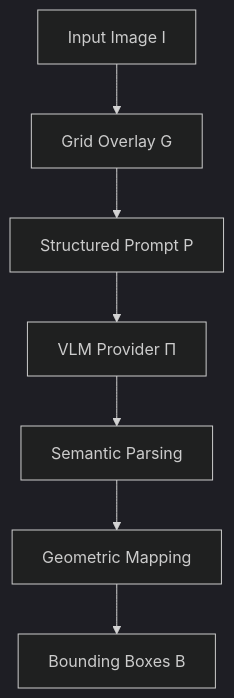
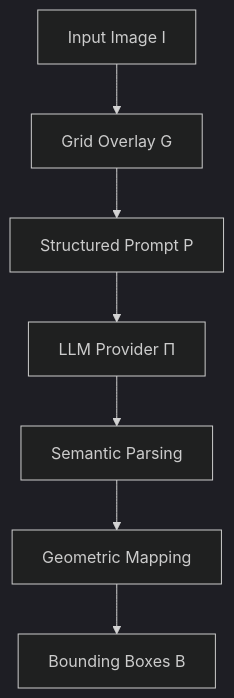
Before and after one commit to IntelligenzaArtificiale/GILM-Grid-Indexed-Localization-with-Multimodal-LLMs: the diagram in README_EN.md, drawn with Mermaid (dark theme). The commit also changed other lines of this file and 1 other file, not shown here.

Commit message:
Update README to replace 'VLM' with 'LLM' for consistency and clarity in object detection methodology

````diff
--- a/README_EN.md
+++ b/README_EN.md
@@ -66,9 +66,9 @@
 ```mermaid
 graph TD
     A[Input Image I] --> B[Grid Overlay G]
     B --> C[Structured Prompt P] 
-    C --> D[VLM Provider Π]
+    C --> D[LLM Provider Π]
     D --> E[Semantic Parsing]
     E --> F[Geometric Mapping]
     F --> G[Bounding Boxes B]
 ```
````
